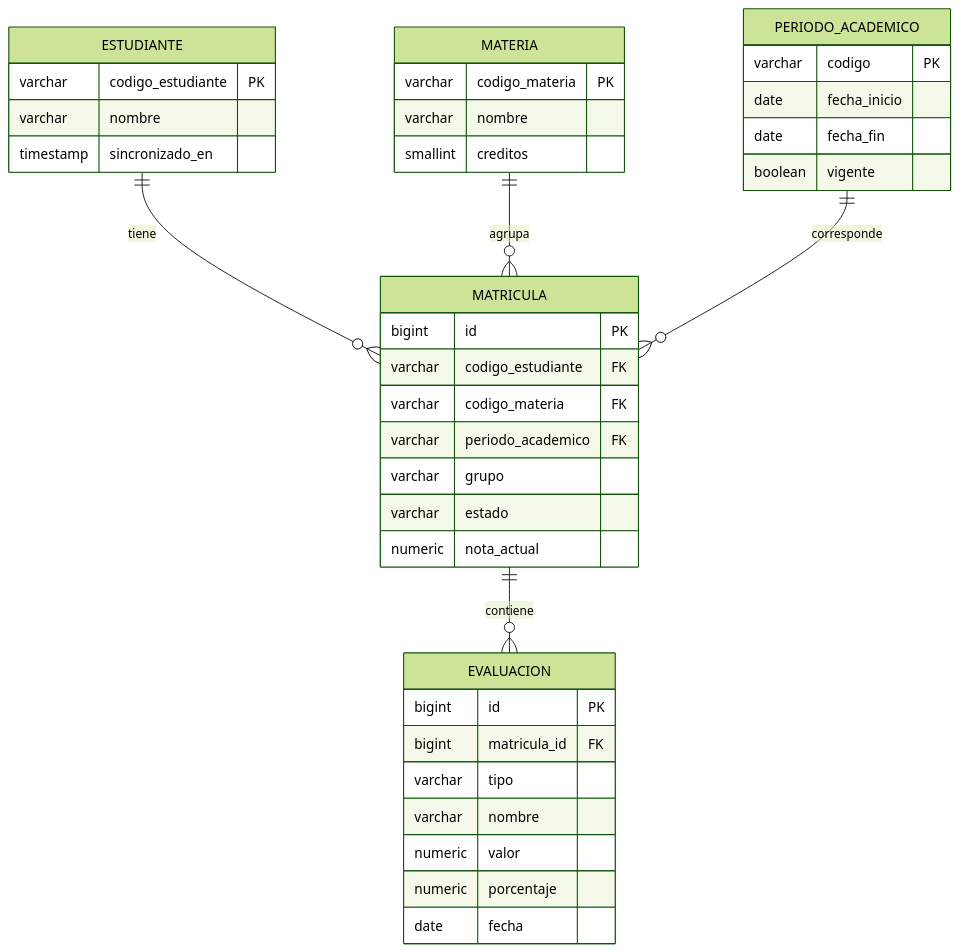
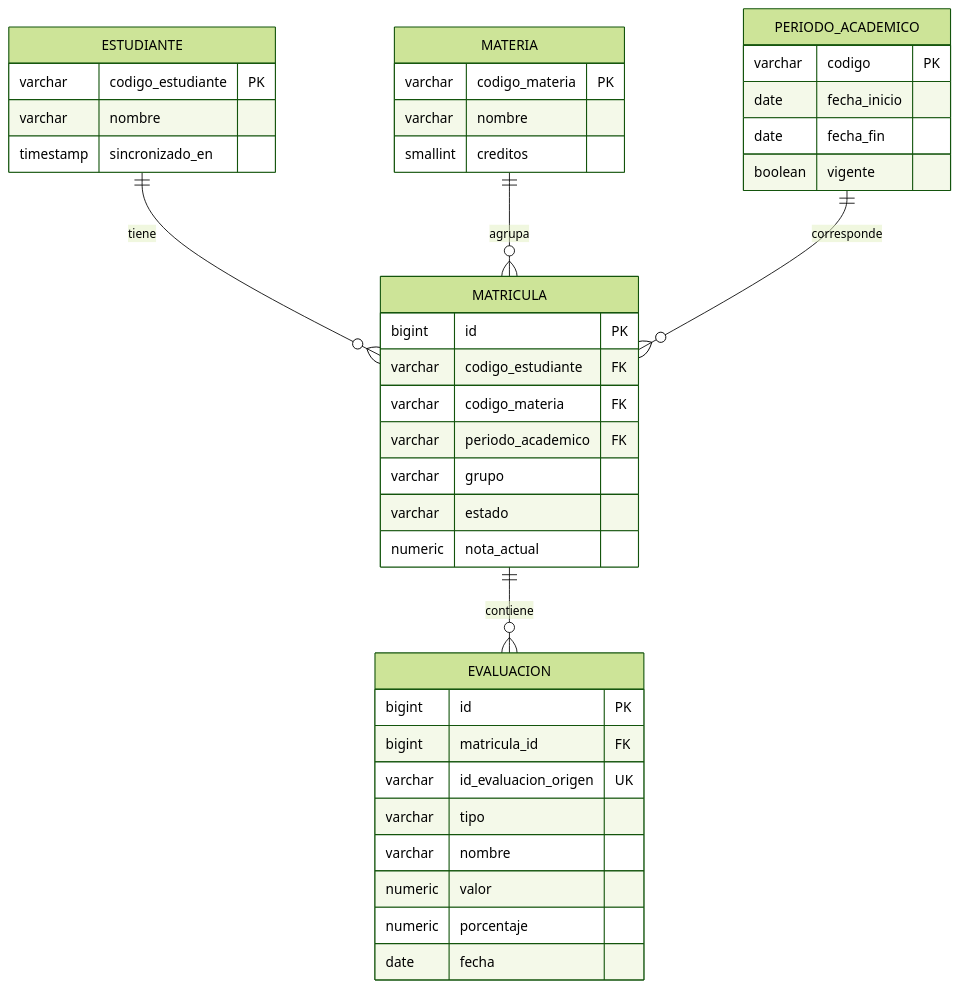
One commit to Juanpapb0401/Vista-360 changed the diagram in docs/03-modelo-datos.md. Above: the diagram before and after it, drawn with Mermaid (forest theme). The commit also changed other lines of this file and 7 other files, not shown here.

First line of the commit message:
docs: completar la nota de uso de IA, los diagramas y las correcciones

````diff
--- a/docs/03-modelo-datos.md
+++ b/docs/03-modelo-datos.md
@@ -5,42 +5,43 @@
 ```mermaid
 erDiagram
     ESTUDIANTE ||--o{ MATRICULA : tiene
     MATERIA ||--o{ MATRICULA : agrupa
     PERIODO_ACADEMICO ||--o{ MATRICULA : corresponde
     MATRICULA ||--o{ EVALUACION : contiene
 
     ESTUDIANTE {
         varchar codigo_estudiante PK
         varchar nombre
         timestamp sincronizado_en
     }
     MATERIA {
         varchar codigo_materia PK
         varchar nombre
         smallint creditos
     }
     PERIODO_ACADEMICO {
         varchar codigo PK
         date fecha_inicio
         date fecha_fin
         boolean vigente
     }
     MATRICULA {
         bigint id PK
         varchar codigo_estudiante FK
         varchar codigo_materia FK
         varchar periodo_academico FK
         varchar grupo
         varchar estado
         numeric nota_actual
     }
     EVALUACION {
         bigint id PK
         bigint matricula_id FK
+        varchar id_evaluacion_origen UK
         varchar tipo
         varchar nombre
         numeric valor
         numeric porcentaje
         date fecha
     }
 ```
````
